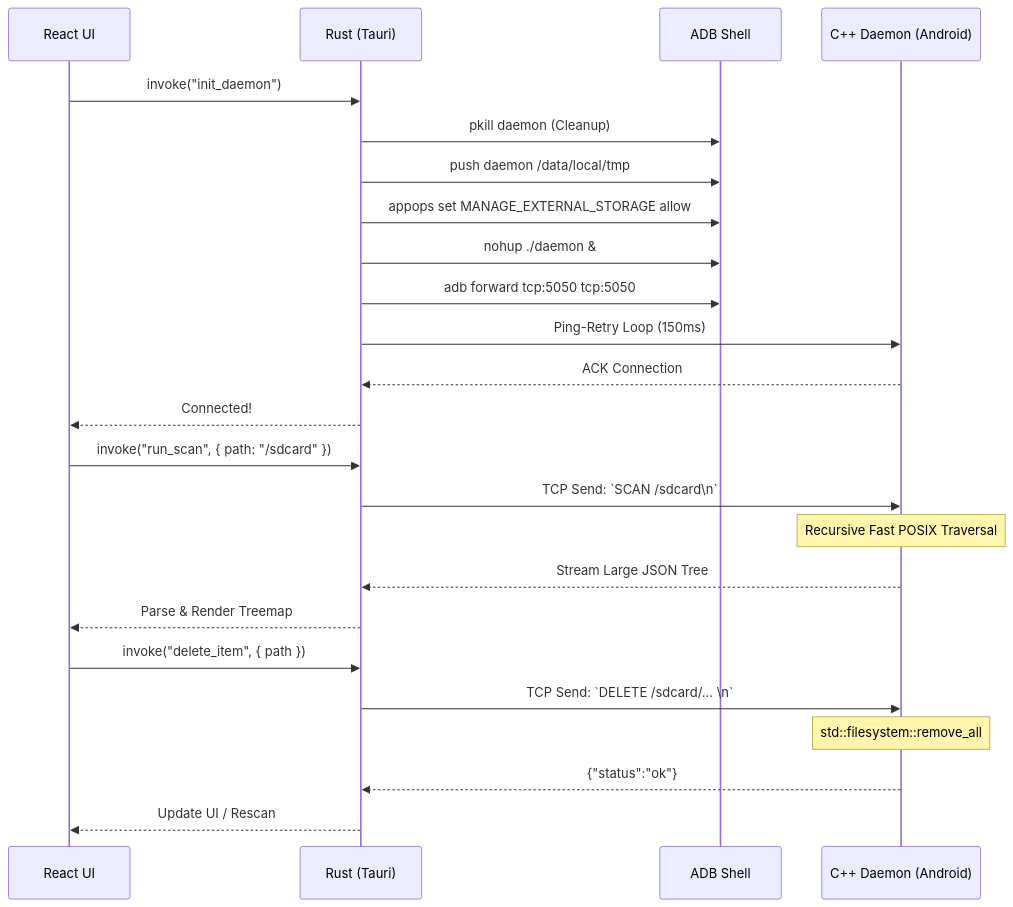
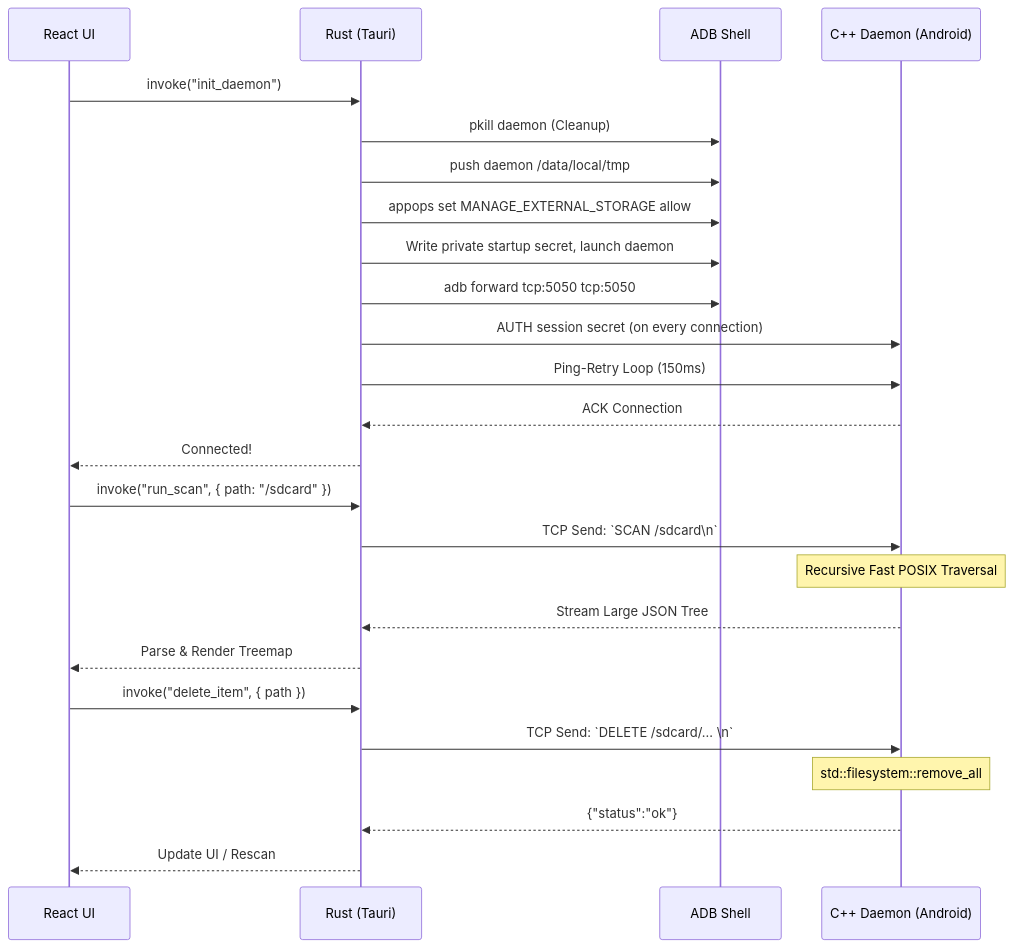
Before and after one commit to VishnuSrivatsava/SocketSweep: the second of 2 diagrams in README.md, drawn with Mermaid. The commit also changed other lines of this file and 9 other files, not shown here.

````diff
--- a/README.md
+++ b/README.md
@@ -145,32 +150,33 @@
 ```mermaid
 sequenceDiagram
     participant U as React UI
     participant R as Rust (Tauri)
     participant A as ADB Shell
     participant D as C++ Daemon (Android)
     
     %% Connect Phase
     U->>R: invoke("init_daemon")
     R->>A: pkill daemon (Cleanup)
     R->>A: push daemon /data/local/tmp
     R->>A: appops set MANAGE_EXTERNAL_STORAGE allow
-    R->>A: nohup ./daemon &
+    R->>A: Write private startup secret, launch daemon
     R->>A: adb forward tcp:5050 tcp:5050
+    R->>D: AUTH session secret (on every connection)
     R->>D: Ping-Retry Loop (150ms)
     D-->>R: ACK Connection
     R-->>U: Connected!
     
     %% Scan Phase
     U->>R: invoke("run_scan", { path: "/sdcard" })
     R->>D: TCP Send: `SCAN /sdcard\n`
     Note over D: Recursive Fast POSIX Traversal
     D-->>R: Stream Large JSON Tree
     R-->>U: Parse & Render Treemap
     
     %% Delete Phase
     U->>R: invoke("delete_item", { path })
     R->>D: TCP Send: `DELETE /sdcard/... \n`
     Note over D: std::filesystem::remove_all
     D-->>R: {"status":"ok"}
     R-->>U: Update UI / Rescan
 ```
````
